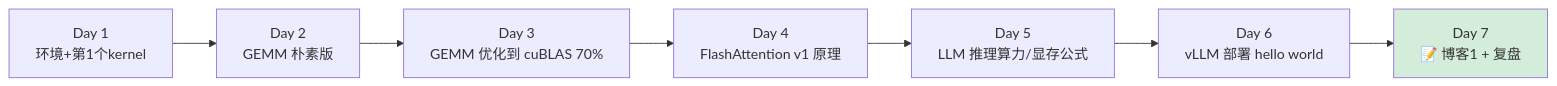
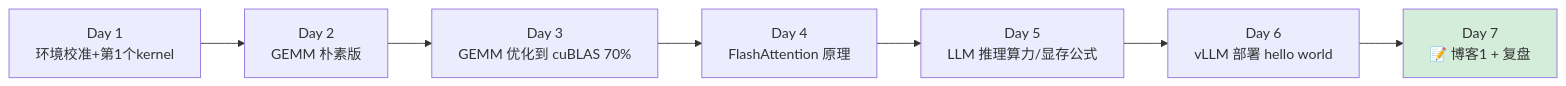
The first of 5 diagrams in 02-week1.md (Xuefei-Zhang/llm-infer-journey), drawn with Mermaid before and after one commit. The commit also changed other lines of this file and 11 other files, not shown here.

````diff
--- a/02-week1.md
+++ b/02-week1.md
@@ -13,11 +13,11 @@
 ```mermaid
 graph LR
-    D1[Day 1<br/>环境+第1个kernel] --> D2[Day 2<br/>GEMM 朴素版]
+    D1[Day 1<br/>环境校准+第1个kernel] --> D2[Day 2<br/>GEMM 朴素版]
     D2 --> D3[Day 3<br/>GEMM 优化到 cuBLAS 70%]
-    D3 --> D4[Day 4<br/>FlashAttention v1 原理]
+    D3 --> D4[Day 4<br/>FlashAttention 原理]
     D4 --> D5[Day 5<br/>LLM 推理算力/显存公式]
     D5 --> D6[Day 6<br/>vLLM 部署 hello world]
     D6 --> D7[Day 7<br/>📝 博客1 + 复盘]
 
     style D7 fill:#d4edda
 ```
````
